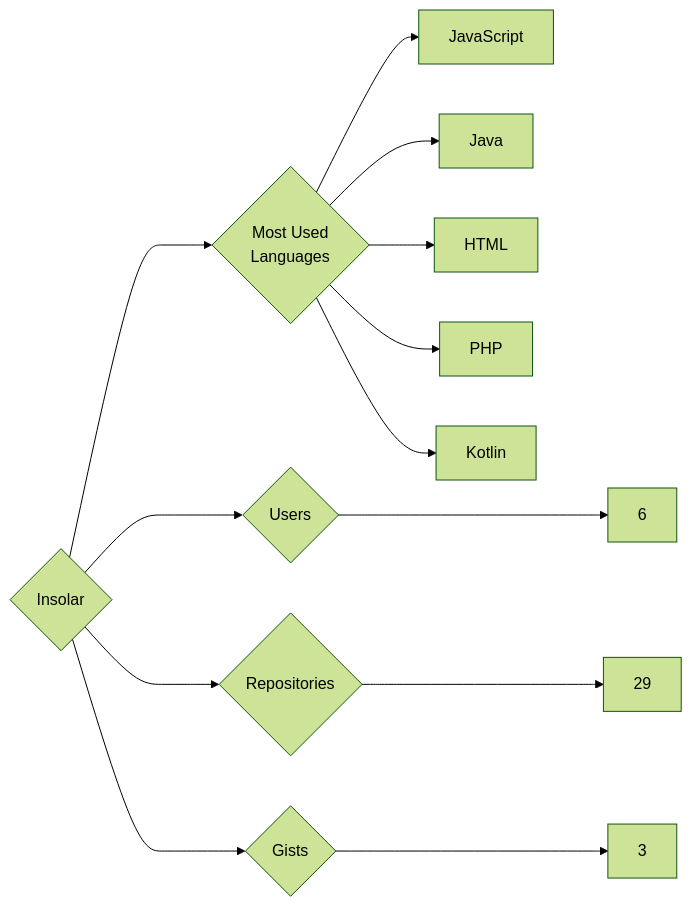
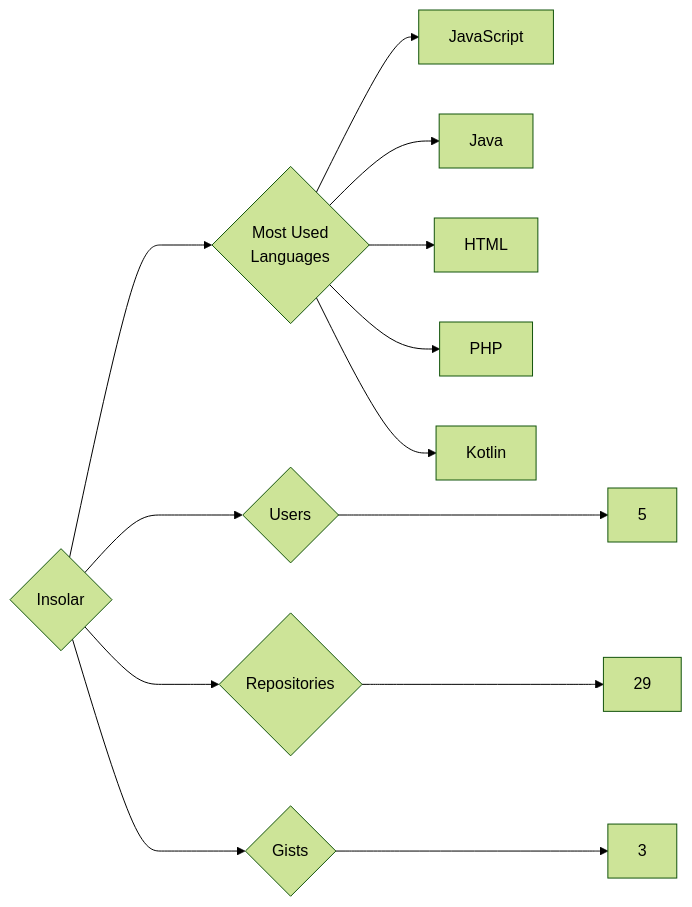
One commit to trickest/insiders changed the diagram in targets/Insolar/README.md. Above: the diagram before and after it, drawn with Mermaid (forest theme). The commit also changed 1055 other files, not shown here.

````diff
--- a/targets/Insolar/README.md
+++ b/targets/Insolar/README.md
@@ -3,13 +3,13 @@
 ```mermaid
 graph LR
 COMPANY_NAME{Insolar}
-COMPANY_NAME ---> U{Users} ---> UN[6]
+COMPANY_NAME ---> U{Users} ---> UN[5]
 COMPANY_NAME ---> R{Repositories} ---> RN[29]
 COMPANY_NAME ---> G{Gists} ---> GN[3]
 COMPANY_NAME ---> ML{Most Used<br>Languages}
 ML --> JavaScript[JavaScript]
 ML --> Java[Java]
 ML --> HTML[HTML]
 ML --> PHP[PHP]
 ML --> Kotlin[Kotlin]
 ```
````
